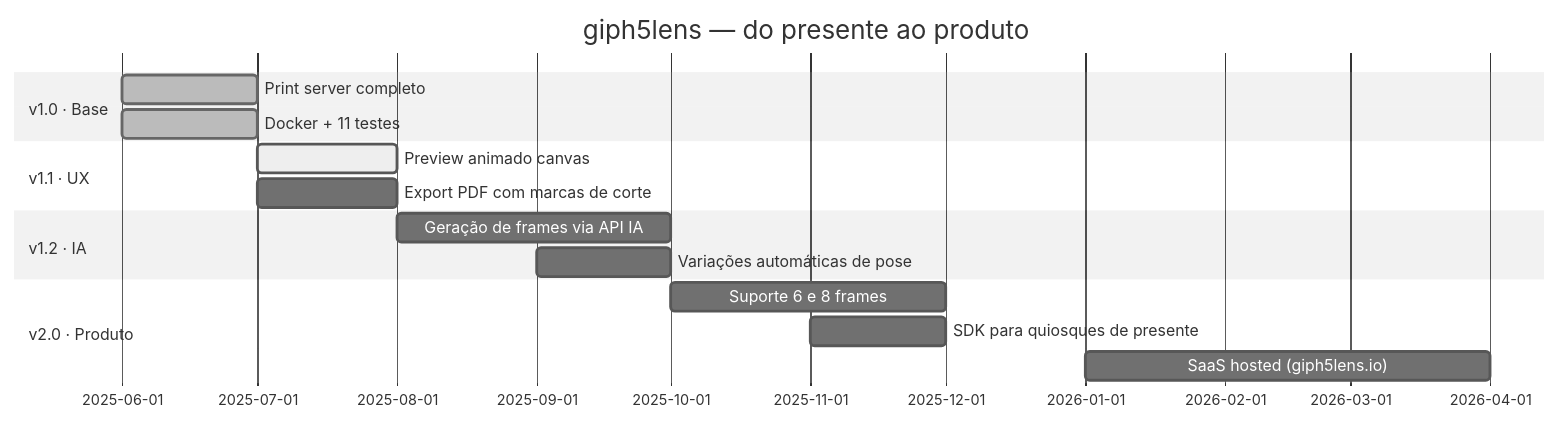
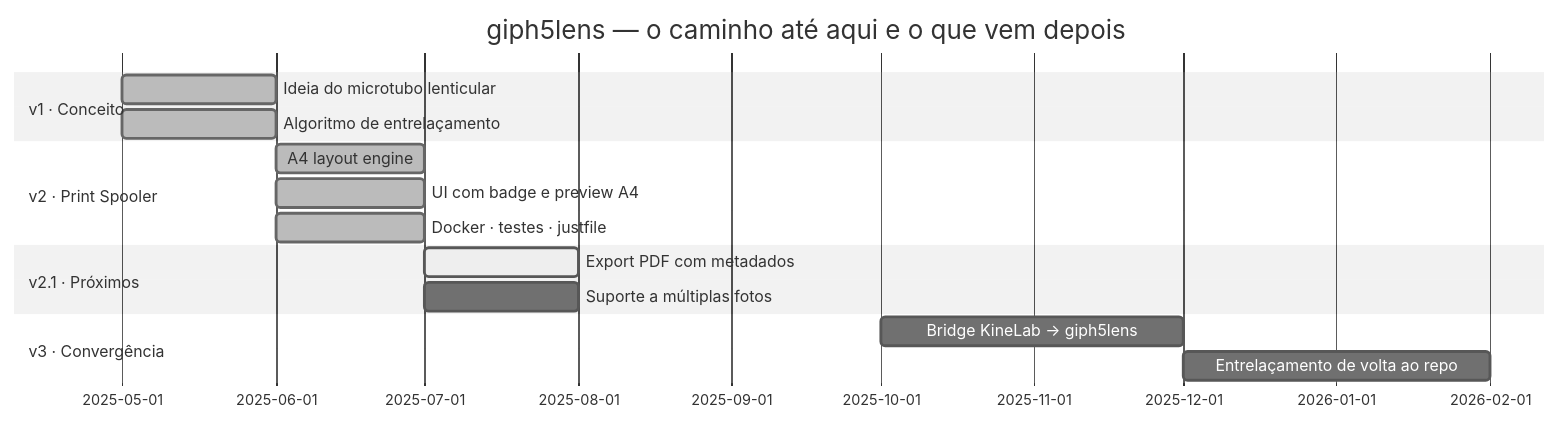
One commit to pizzirano/giph5lens changed the fifth of 5 diagrams in README.md. Above: the diagram before and after it, drawn with Mermaid (neutral theme). The commit also changed other lines of this file, not shown here.

Commit message:
docs(readme): add project background, architecture and roadmap

````diff
--- a/README.md
+++ b/README.md
@@ -243,18 +341,18 @@
 ```mermaid
 gantt
     dateFormat  YYYY-MM
-    title giph5lens — do presente ao produto
-    section v1.0 · Base
-        Print server completo         :done,    2025-06, 1M
-        Docker + 11 testes            :done,    2025-06, 1M
-    section v1.1 · UX
-        Preview animado canvas        :active,  2025-07, 1M
-        Export PDF com marcas de corte:         2025-07, 1M
-    section v1.2 · IA
-        Geração de frames via API IA  :         2025-08, 2M
-        Variações automáticas de pose :         2025-09, 1M
-    section v2.0 · Produto
-        Suporte 6 e 8 frames          :         2025-10, 2M
-        SDK para quiosques de presente:         2025-11, 1M
-        SaaS hosted (giph5lens.io)    :         2026-01, 3M
+    title giph5lens — o caminho até aqui e o que vem depois
+    section v1 · Conceito
+        Ideia do microtubo lenticular   :done,    2025-05, 1M
+        Algoritmo de entrelaçamento     :done,    2025-05, 1M
+    section v2 · Print Spooler
+        A4 layout engine                :done,    2025-06, 1M
+        UI com badge e preview A4       :done,    2025-06, 1M
+        Docker · testes · justfile      :done,    2025-06, 1M
+    section v2.1 · Próximos
+        Export PDF com metadados        :active,  2025-07, 1M
+        Suporte a múltiplas fotos       :         2025-07, 1M
+    section v3 · Convergência
+        Bridge KineLab → giph5lens      :         2025-10, 2M
+        Entrelaçamento de volta ao repo :         2025-12, 2M
 ```
````
